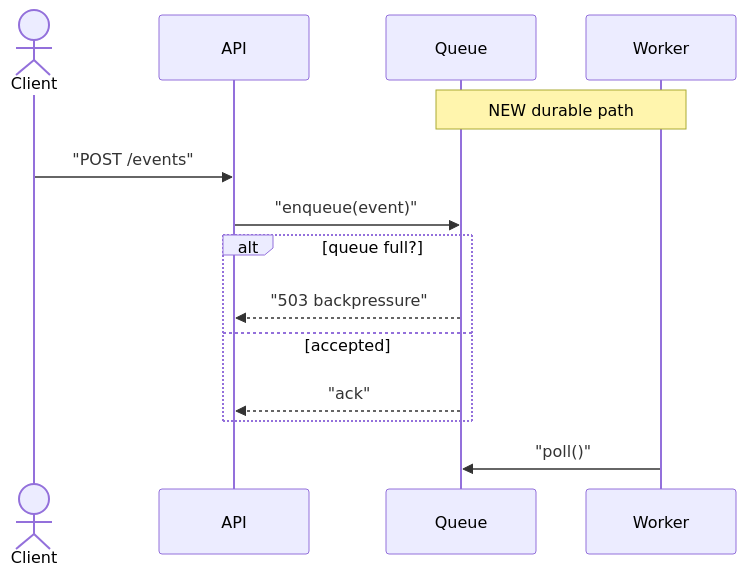
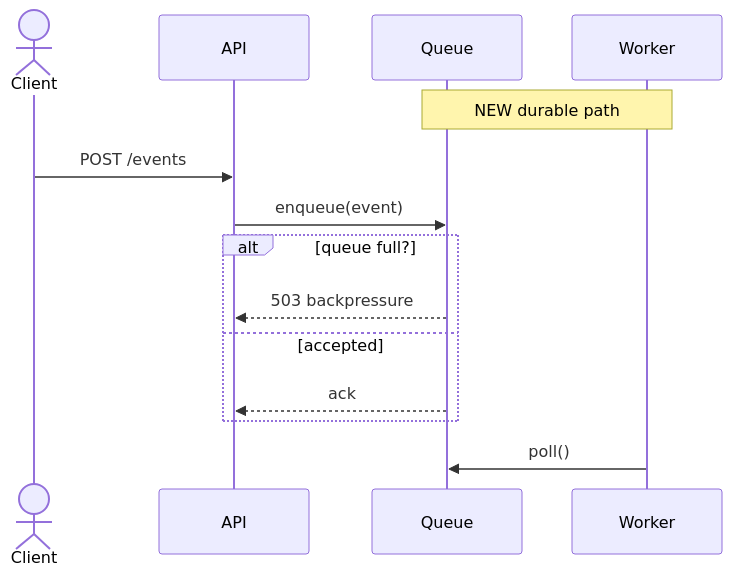
Before and after one commit to Questi0nM4rk/cc-review: the second of 5 diagrams in docs/overview-diagram-standard.md, drawn with Mermaid. The commit also changed other lines of this file and 10 other files, not shown here.

````diff
--- a/docs/overview-diagram-standard.md
+++ b/docs/overview-diagram-standard.md
@@ -70,16 +104,16 @@
 ```mermaid
 sequenceDiagram
     actor C as Client
     participant API
     participant Q as Queue
     participant W as Worker
     Note over Q,W: NEW durable path
-    C->>API: "POST /events"
-    API->>Q: "enqueue(event)"
+    C->>API: POST /events
+    API->>Q: enqueue(event)
     alt queue full?
-        Q-->>API: "503 backpressure"
+        Q-->>API: 503 backpressure
     else accepted
-        Q-->>API: "ack"
+        Q-->>API: ack
     end
-    W->>Q: "poll()"
+    W->>Q: poll()
 ```
````
